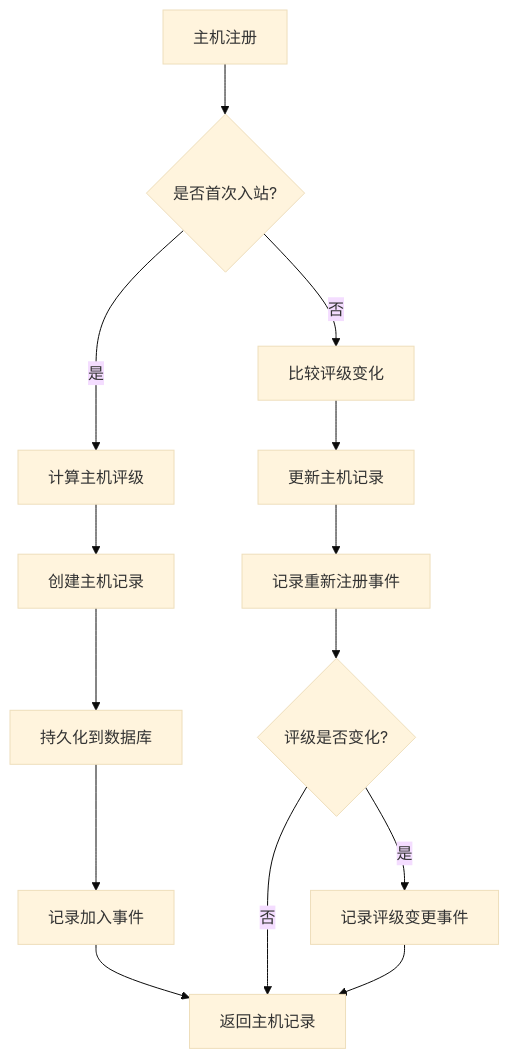
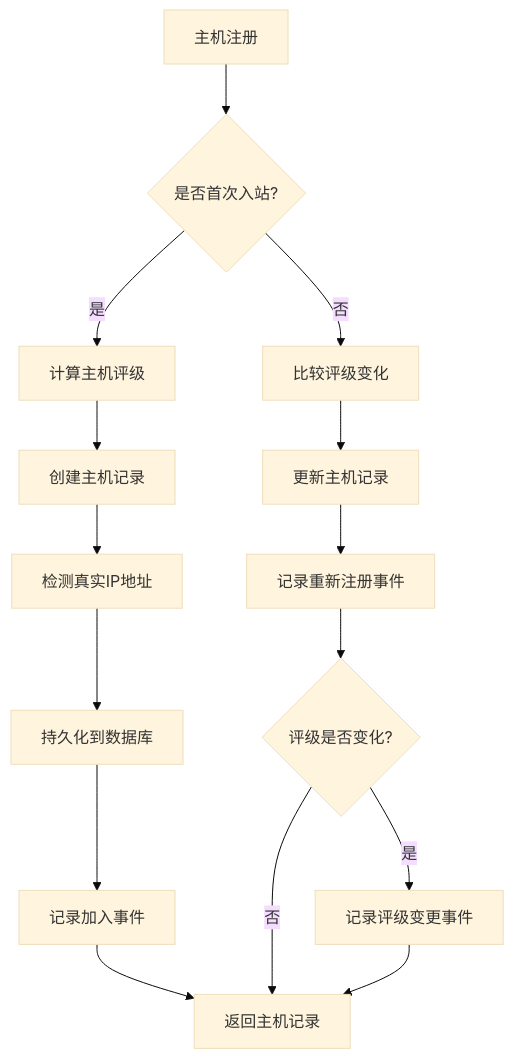
Before and after one commit to targalian/Personal-distributed-workstation: the tenth of 19 diagrams in .qoder/repowiki/zh/content/核心模块/工作站管理模块.md, drawn with Mermaid (base theme). The commit also changed other lines of this file and 81 other files, not shown here.

````diff
--- a/.qoder/repowiki/zh/content/核心模块/工作站管理模块.md
+++ b/.qoder/repowiki/zh/content/核心模块/工作站管理模块.md
@@ -589,16 +599,17 @@
 ```mermaid
 flowchart TD
 HostRegistration[主机注册] --> CheckExisting{是否首次入站?}
 CheckExisting --> |是| ComputeRating[计算主机评级]
 CheckExisting --> |否| CompareRating[比较评级变化]
 ComputeRating --> CreateRecord[创建主机记录]
-CreateRecord --> Persist[持久化到数据库]
+CreateRecord --> DetectIP[检测真实IP地址]
+DetectIP --> Persist[持久化到数据库]
 Persist --> LogJoinEvent[记录加入事件]
 LogJoinEvent --> ReturnRecord[返回主机记录]
 CompareRating --> UpdateRecord[更新主机记录]
 UpdateRecord --> LogRegisterEvent[记录重新注册事件]
 LogRegisterEvent --> CheckTierChange{评级是否变化?}
 CheckTierChange --> |是| LogTierChange[记录评级变更事件]
 CheckTierChange --> |否| ReturnRecord
 LogTierChange --> ReturnRecord
 ```
````
